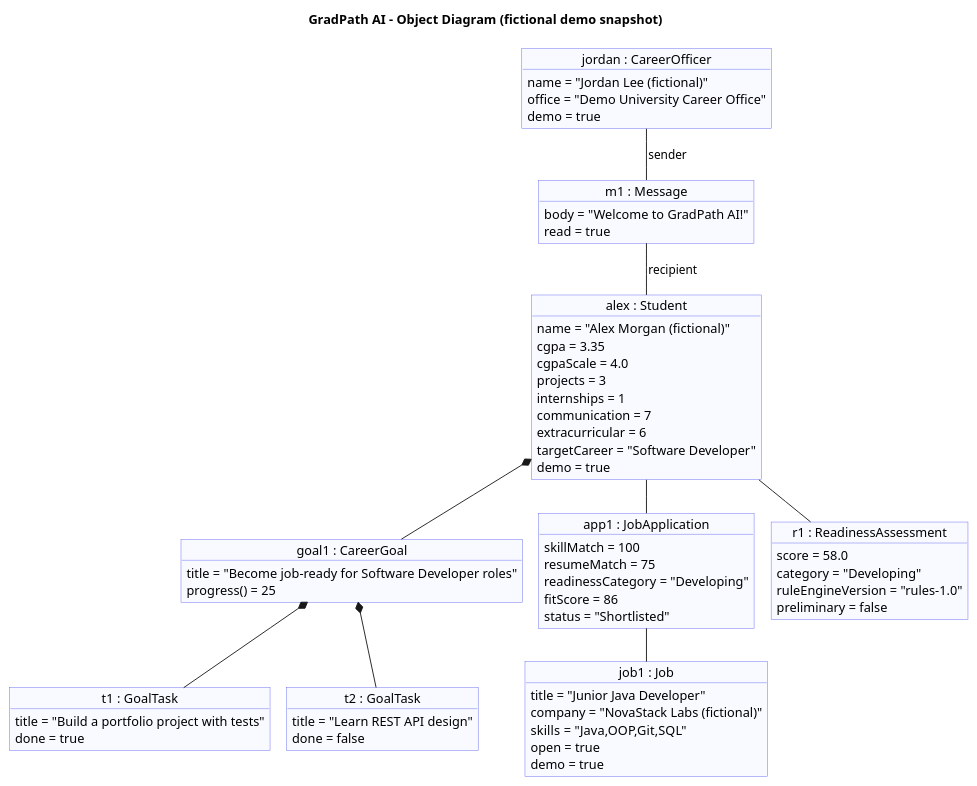
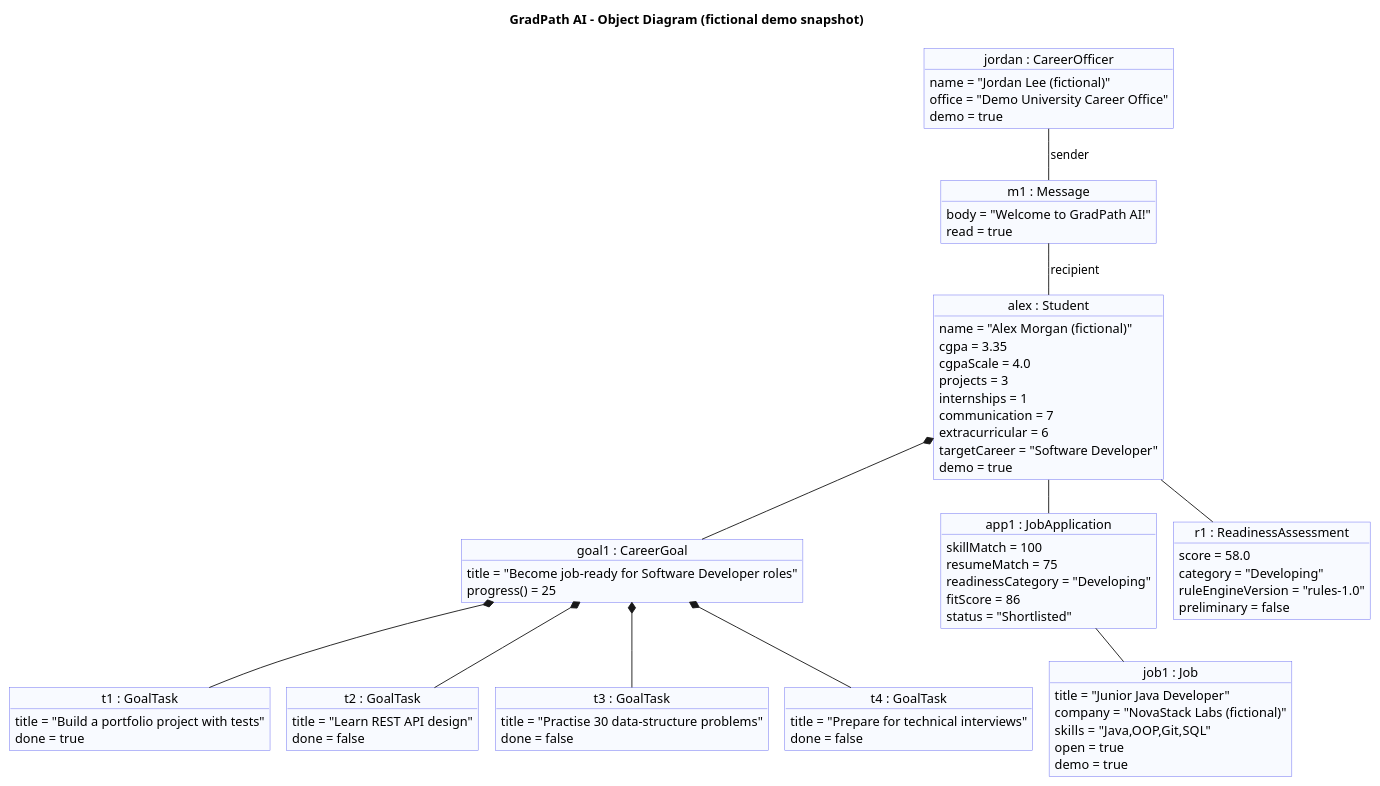
Before and after one commit to HamnaAliKhan/grad-path-ai: the diagram in report/uml/04_object.puml, drawn with PlantUML. The commit also changed 29 other files, not shown here.

First line of the commit message:
Add OOAD report and fix About the Model charts for tree models

```diff
--- a/report/uml/04_object.puml
+++ b/report/uml/04_object.puml
@@ -1,70 +1,80 @@
 @startuml 04_object
 !pragma layout smetana
 title GradPath AI - Object Diagram (fictional demo snapshot)
 skinparam object {
   BackgroundColor #F8FAFF
   BorderColor #6366F1
 }
 
 object "alex : Student" as alex {
   name = "Alex Morgan (fictional)"
   cgpa = 3.35
   cgpaScale = 4.0
   projects = 3
   internships = 1
   communication = 7
   extracurricular = 6
   targetCareer = "Software Developer"
   demo = true
 }
 object "jordan : CareerOfficer" as jordan {
   name = "Jordan Lee (fictional)"
   office = "Demo University Career Office"
   demo = true
 }
 object "goal1 : CareerGoal" as goal {
   title = "Become job-ready for Software Developer roles"
   progress() = 25
 }
 object "t1 : GoalTask" as t1 {
   title = "Build a portfolio project with tests"
   done = true
 }
 object "t2 : GoalTask" as t2 {
   title = "Learn REST API design"
   done = false
 }
+object "t3 : GoalTask" as t3 {
+  title = "Practise 30 data-structure problems"
+  done = false
+}
+object "t4 : GoalTask" as t4 {
+  title = "Prepare for technical interviews"
+  done = false
+}
 object "job1 : Job" as job {
   title = "Junior Java Developer"
   company = "NovaStack Labs (fictional)"
   skills = "Java,OOP,Git,SQL"
   open = true
   demo = true
 }
 object "app1 : JobApplication" as app {
   skillMatch = 100
   resumeMatch = 75
   readinessCategory = "Developing"
   fitScore = 86
   status = "Shortlisted"
 }
 object "r1 : ReadinessAssessment" as r1 {
   score = 58.0
   category = "Developing"
   ruleEngineVersion = "rules-1.0"
   preliminary = false
 }
 object "m1 : Message" as m1 {
   body = "Welcome to GradPath AI!"
   read = true
 }
 
 alex *-- goal
 goal *-- t1
 goal *-- t2
+goal *-- t3
+goal *-- t4
 alex -- app
 app -- job
 alex -- r1
 jordan -- m1 : sender
 m1 -- alex : recipient
 @enduml
```
